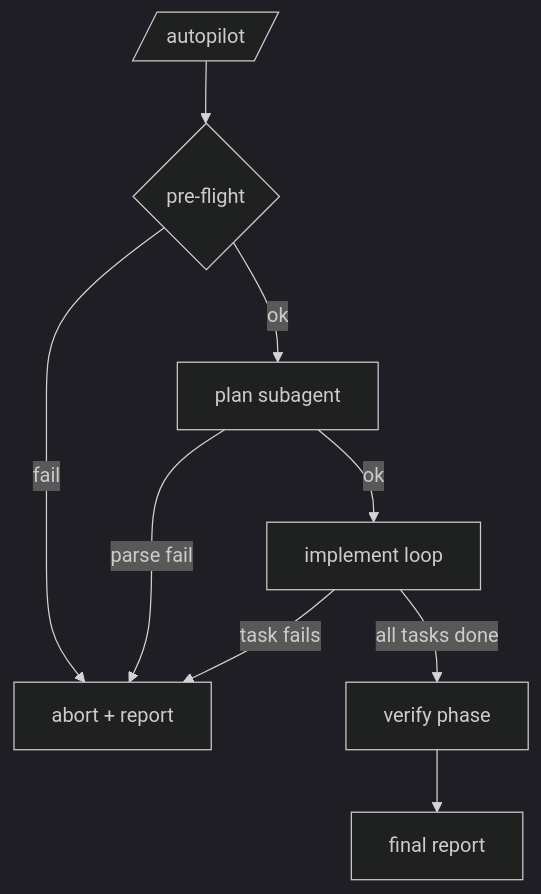
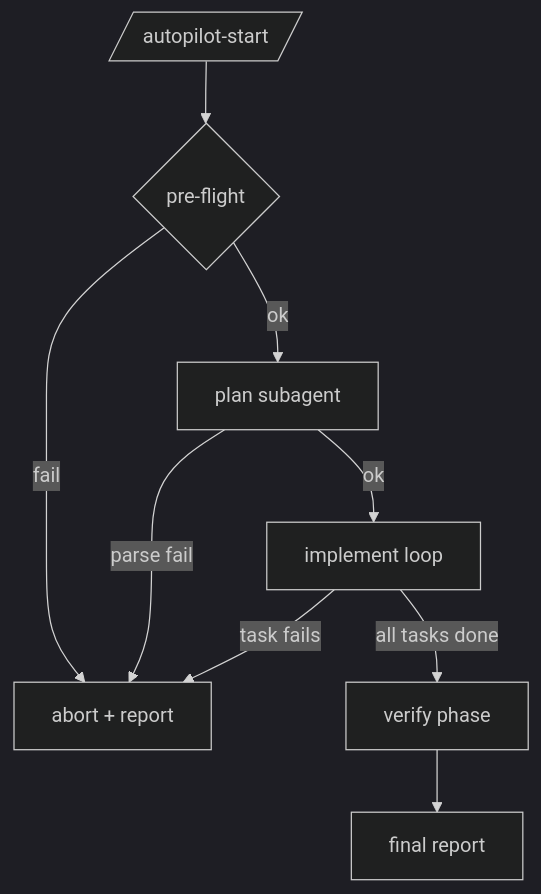
The first of 4 diagrams in pi/agent/extensions/autopilot/README.md (averycrespi/claudefiles), drawn with Mermaid (dark theme) before and after one commit. The commit also changed other lines of this file and 5 other files, not shown here.

````diff
--- a/pi/agent/extensions/autopilot/README.md
+++ b/pi/agent/extensions/autopilot/README.md
@@ -60,11 +60,11 @@
 ```mermaid
 flowchart TD
-    A[/autopilot <design.md>/] --> B{pre-flight}
+    A[/autopilot-start <design.md>/] --> B{pre-flight}
     B -->|fail| Z[abort + report]
     B -->|ok| P[plan subagent]
     P -->|parse fail| Z
     P -->|ok| I[implement loop]
     I -->|task fails| Z
     I -->|all tasks done| V[verify phase]
     V --> R[final report]
 ```
````
